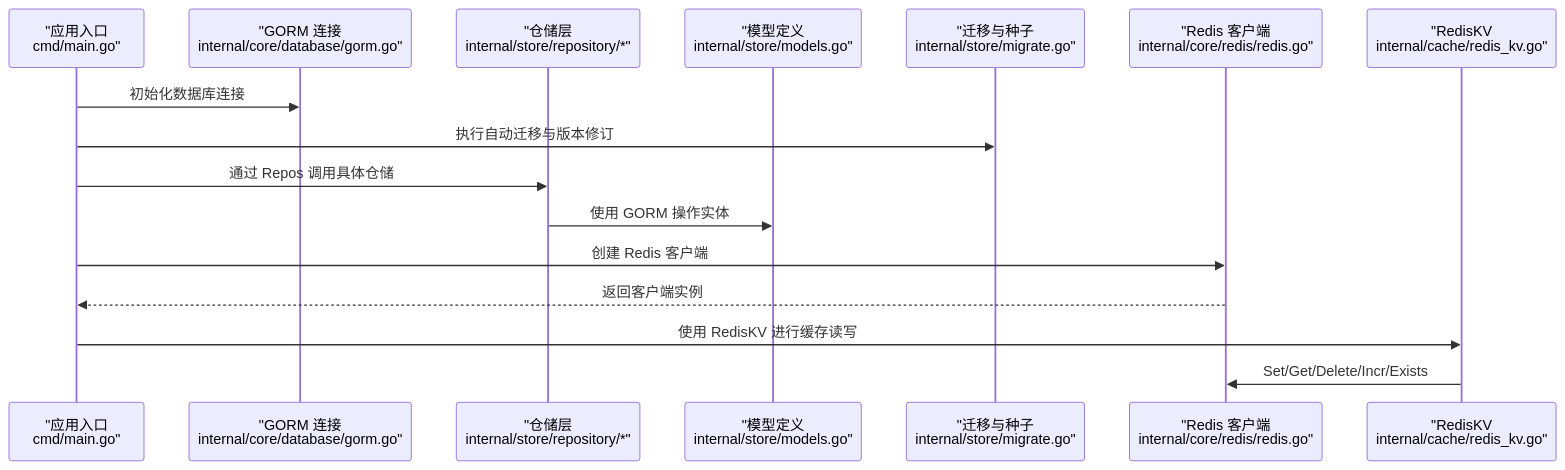
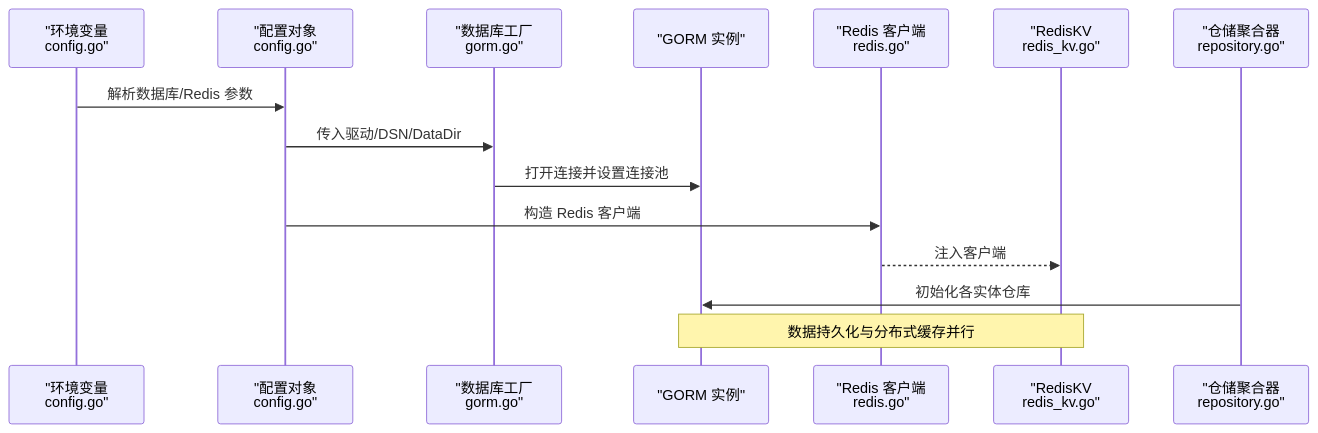
Before and after one commit to x01n/My-OpenWaf: the second of 7 diagrams in docs/数据存储层/数据存储层.md, drawn with Mermaid. The commit also changed other lines of this file and 199 other files, not shown here.

````diff
--- a/docs/数据存储层/数据存储层.md
+++ b/docs/数据存储层/数据存储层.md
@@ -162,18 +116,17 @@
 ```mermaid
 sequenceDiagram
-participant App as "应用入口<br/>cmd/main.go"
-participant DB as "GORM 连接<br/>internal/core/database/gorm.go"
-participant Repo as "仓储层<br/>internal/store/repository/*"
-participant Model as "模型定义<br/>internal/store/models.go"
-participant Mig as "迁移与种子<br/>internal/store/migrate.go"
-participant Redis as "Redis 客户端<br/>internal/core/redis/redis.go"
-participant KV as "RedisKV<br/>internal/cache/redis_kv.go"
-App->>DB : 初始化数据库连接
-App->>Mig : 执行自动迁移与版本修订
-App->>Repo : 通过 Repos 调用具体仓储
-Repo->>Model : 使用 GORM 操作实体
-App->>Redis : 创建 Redis 客户端
-Redis-->>App : 返回客户端实例
-App->>KV : 使用 RedisKV 进行缓存读写
-KV->>Redis : Set/Get/Delete/Incr/Exists
+participant ENV as "环境变量<br/>config.go"
+participant CFG as "配置对象<br/>config.go"
+participant DBF as "数据库工厂<br/>gorm.go"
+participant DB as "GORM 实例"
+participant RC as "Redis 客户端<br/>redis.go"
+participant RKV as "RedisKV<br/>redis_kv.go"
+participant REP as "仓储聚合器<br/>repository.go"
+ENV->>CFG : 解析数据库/Redis 参数
+CFG->>DBF : 传入驱动/DSN/DataDir
+DBF->>DB : 打开连接并设置连接池
+CFG->>RC : 构造 Redis 客户端
+RC-->>RKV : 注入客户端
+REP->>DB : 初始化各实体仓库
+Note over DB,RKV : 数据持久化与分布式缓存并行
 ```
````
